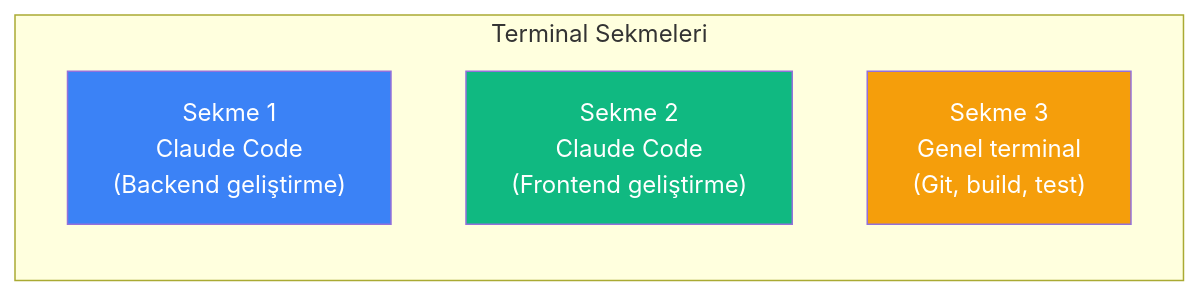
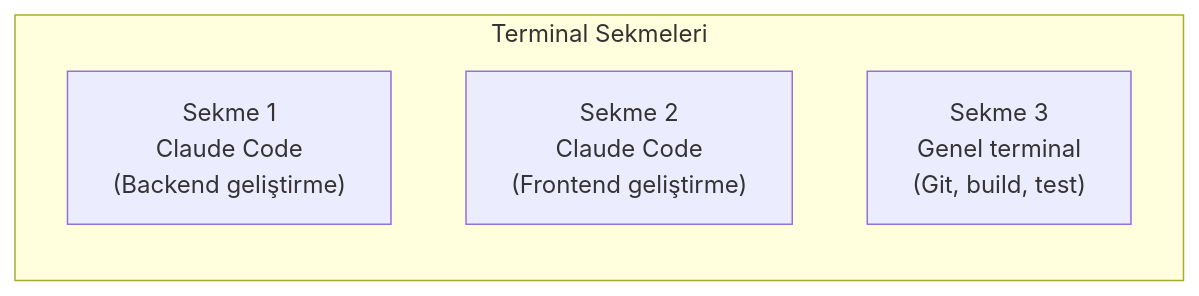
The fourth of 5 diagrams in 15-entegrasyonlar/02-jetbrains-entegrasyonu.md (IzzetYasinAtes/ClaudeCodeHandbook), drawn with Mermaid before and after one commit. The commit also changed other lines of this file and 97 other files, not shown here.

Commit message:
Remove all custom Mermaid style/fill colors from 98 markdown files for consistent dark theme rendering

````diff
--- a/15-entegrasyonlar/02-jetbrains-entegrasyonu.md
+++ b/15-entegrasyonlar/02-jetbrains-entegrasyonu.md
@@ -171,12 +165,9 @@
 ```mermaid
 flowchart LR
     subgraph tabs ["Terminal Sekmeleri"]
         T1["Sekme 1<br/>Claude Code<br/>(Backend geliştirme)"]
         T2["Sekme 2<br/>Claude Code<br/>(Frontend geliştirme)"]
         T3["Sekme 3<br/>Genel terminal<br/>(Git, build, test)"]
     end
 
-    style T1 fill:#3B82F6,color:#fff
-    style T2 fill:#10B981,color:#fff
-    style T3 fill:#F59E0B,color:#fff
 ```
````
